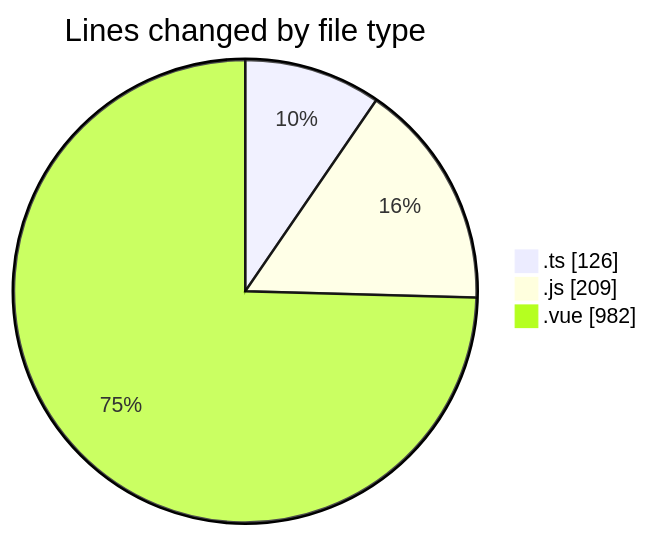
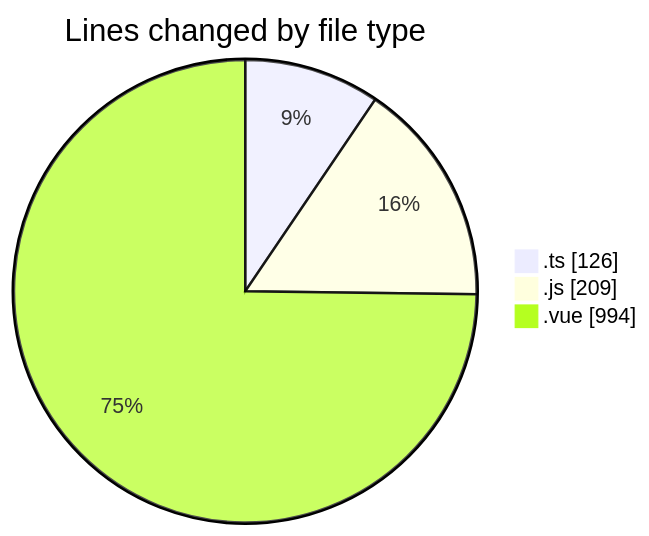
One commit to lephambinh05/code-tracking changed the first of 2 diagrams in 2025-08-16/rentotp/README.md. Above: the diagram before and after it, drawn with Mermaid. The commit also changed other lines of this file and 1 other file, not shown here.

````diff
--- a/2025-08-16/rentotp/README.md
+++ b/2025-08-16/rentotp/README.md
@@ -26,7 +26,7 @@
 ```mermaid
 pie showData
 title Lines changed by file type
 ".ts" : 126
 ".js" : 209
-".vue" : 982
+".vue" : 994
 ```
````
